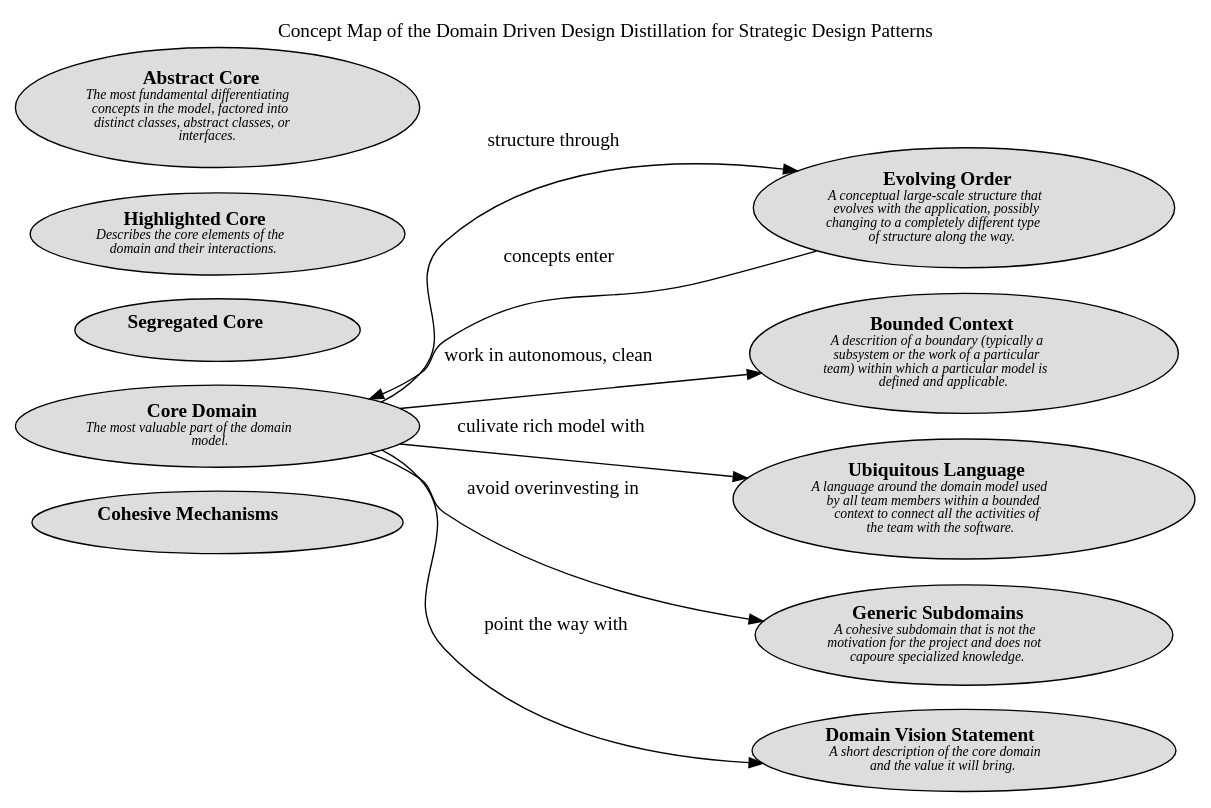
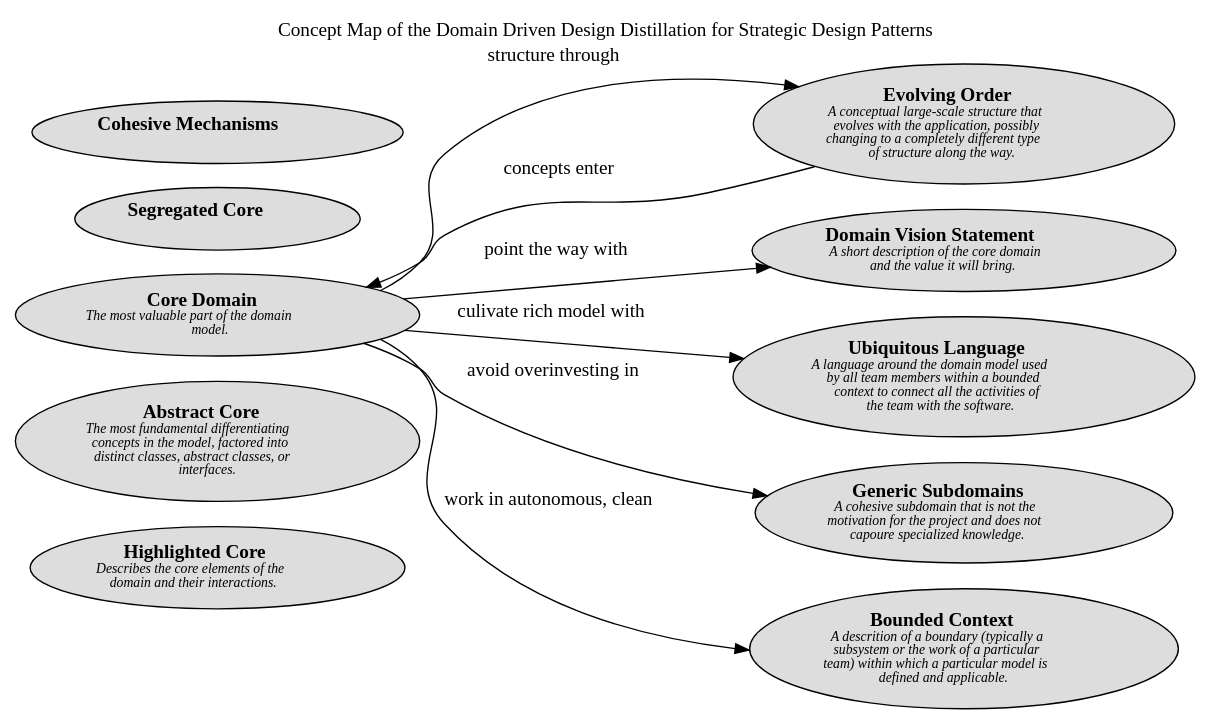
One commit to lsolbach/overarch-models changed the diagram in docs/software-development/domain-driven-design/distillation/concept-view.dot. Above: the diagram before and after it, drawn with Graphviz. The commit also changed other lines of this file and 120 other files, not shown here.

```diff
--- a/docs/software-development/domain-driven-design/distillation/concept-view.dot
+++ b/docs/software-development/domain-driven-design/distillation/concept-view.dot
@@ -1,27 +1,27 @@
 digraph "Concept Map of the Domain Driven Design Distillation for Strategic Design Patterns" {
   labelloc= "t"
   label="Concept Map of the Domain Driven Design Distillation for Strategic Design Patterns"
   rankdir="LR"
 
   layout=dot
-software_development_domain_driven_design_distillation__c_cohesive_mechanisms [shape=ellipse style=filled fillcolor="#dddddd" label=<<B>Cohesive Mechanisms</B><BR/><FONT POINT-SIZE="10"><I> </I></FONT>>]
-software_development_domain_driven_design_modelling__c_bounded_context [shape=ellipse style=filled fillcolor="#dddddd" label=<<B>Bounded Context</B><BR/><FONT POINT-SIZE="10"><I>A descrition of a boundary (typically a<BR/>subsystem or the work of a particular<BR/>team) within which a particular model is<BR/>defined and applicable. </I></FONT>>]
-software_development_domain_driven_design_large_scale_structure__c_evolving_order [shape=ellipse style=filled fillcolor="#dddddd" label=<<B>Evolving Order</B><BR/><FONT POINT-SIZE="10"><I>A conceptual large-scale structure that<BR/>evolves with the application, possibly<BR/>changing to a completely different type<BR/>of structure along the way. </I></FONT>>]
+software_development_domain_driven_design_distillation__c_highlighted_core [shape=ellipse style=filled fillcolor="#dddddd" label=<<B>Highlighted Core</B><BR/><FONT POINT-SIZE="10"><I>Describes the core elements of the<BR/>domain and their interactions. </I></FONT>>]
+software_development_domain_driven_design_distillation__c_abstract_core [shape=ellipse style=filled fillcolor="#dddddd" label=<<B>Abstract Core</B><BR/><FONT POINT-SIZE="10"><I>The most fundamental differentiating<BR/>concepts in the model, factored into<BR/>distinct classes, abstract classes, or<BR/>interfaces. </I></FONT>>]
+software_development_domain_driven_design_distillation__c_domain_vision_statement [shape=ellipse style=filled fillcolor="#dddddd" label=<<B>Domain Vision Statement</B><BR/><FONT POINT-SIZE="10"><I>A short description of the core domain<BR/>and the value it will bring. </I></FONT>>]
 software_development_domain_driven_design_modelling__c_ubiquitous_language [shape=ellipse style=filled fillcolor="#dddddd" label=<<B>Ubiquitous Language</B><BR/><FONT POINT-SIZE="10"><I>A language around the domain model used<BR/>by all team members within a bounded<BR/>context to connect all the activities of<BR/>the team with the software. </I></FONT>>]
 software_development_domain_driven_design_distillation__c_segregated_core [shape=ellipse style=filled fillcolor="#dddddd" label=<<B>Segregated Core</B><BR/><FONT POINT-SIZE="10"><I> </I></FONT>>]
-software_development_domain_driven_design_distillation__c_highlighted_core [shape=ellipse style=filled fillcolor="#dddddd" label=<<B>Highlighted Core</B><BR/><FONT POINT-SIZE="10"><I>Describes the core elements of the<BR/>domain and their interactions. </I></FONT>>]
+software_development_domain_driven_design_distillation__c_cohesive_mechanisms [shape=ellipse style=filled fillcolor="#dddddd" label=<<B>Cohesive Mechanisms</B><BR/><FONT POINT-SIZE="10"><I> </I></FONT>>]
+software_development_domain_driven_design_large_scale_structure__c_evolving_order [shape=ellipse style=filled fillcolor="#dddddd" label=<<B>Evolving Order</B><BR/><FONT POINT-SIZE="10"><I>A conceptual large-scale structure that<BR/>evolves with the application, possibly<BR/>changing to a completely different type<BR/>of structure along the way. </I></FONT>>]
+software_development_domain_driven_design_distillation__c_generic_subdomains [shape=ellipse style=filled fillcolor="#dddddd" label=<<B>Generic Subdomains</B><BR/><FONT POINT-SIZE="10"><I>A cohesive subdomain that is not the<BR/>motivation for the project and does not<BR/>capoure specialized knowledge. </I></FONT>>]
 software_development_domain_driven_design_distillation__c_core_domain [shape=ellipse style=filled fillcolor="#dddddd" label=<<B>Core Domain</B><BR/><FONT POINT-SIZE="10"><I>The most valuable part of the domain<BR/>model. </I></FONT>>]
-software_development_domain_driven_design_distillation__c_generic_subdomains [shape=ellipse style=filled fillcolor="#dddddd" label=<<B>Generic Subdomains</B><BR/><FONT POINT-SIZE="10"><I>A cohesive subdomain that is not the<BR/>motivation for the project and does not<BR/>capoure specialized knowledge. </I></FONT>>]
-software_development_domain_driven_design_distillation__c_abstract_core [shape=ellipse style=filled fillcolor="#dddddd" label=<<B>Abstract Core</B><BR/><FONT POINT-SIZE="10"><I>The most fundamental differentiating<BR/>concepts in the model, factored into<BR/>distinct classes, abstract classes, or<BR/>interfaces. </I></FONT>>]
-software_development_domain_driven_design_distillation__c_domain_vision_statement [shape=ellipse style=filled fillcolor="#dddddd" label=<<B>Domain Vision Statement</B><BR/><FONT POINT-SIZE="10"><I>A short description of the core domain<BR/>and the value it will bring. </I></FONT>>]
+software_development_domain_driven_design_modelling__c_bounded_context [shape=ellipse style=filled fillcolor="#dddddd" label=<<B>Bounded Context</B><BR/><FONT POINT-SIZE="10"><I>A descrition of a boundary (typically a<BR/>subsystem or the work of a particular<BR/>team) within which a particular model is<BR/>defined and applicable. </I></FONT>>]
  
 software_development_domain_driven_design_distillation__c_core_domain -> software_development_domain_driven_design_distillation__c_generic_subdomains [label=<avoid overinvesting in<BR/><FONT POINT-SIZE="10"><I> </I></FONT>>]
 software_development_domain_driven_design_distillation__c_core_domain -> software_development_domain_driven_design_modelling__c_bounded_context [label=<work in autonomous, clean<BR/><FONT POINT-SIZE="10"><I> </I></FONT>>]
 software_development_domain_driven_design_distillation__c_core_domain -> software_development_domain_driven_design_large_scale_structure__c_evolving_order [label=<structure through<BR/><FONT POINT-SIZE="10"><I> </I></FONT>>]
 software_development_domain_driven_design_distillation__c_core_domain -> software_development_domain_driven_design_modelling__c_ubiquitous_language [label=<culivate rich model with<BR/><FONT POINT-SIZE="10"><I> </I></FONT>>]
 software_development_domain_driven_design_distillation__c_core_domain -> software_development_domain_driven_design_distillation__c_domain_vision_statement [label=<point the way with<BR/><FONT POINT-SIZE="10"><I> </I></FONT>>]
 software_development_domain_driven_design_large_scale_structure__c_evolving_order -> software_development_domain_driven_design_distillation__c_core_domain [label=<concepts enter<BR/><FONT POINT-SIZE="10"><I> </I></FONT>>]
  
 }
 
 // (generated by Overarch with template views/view.dot.cmb)
```
